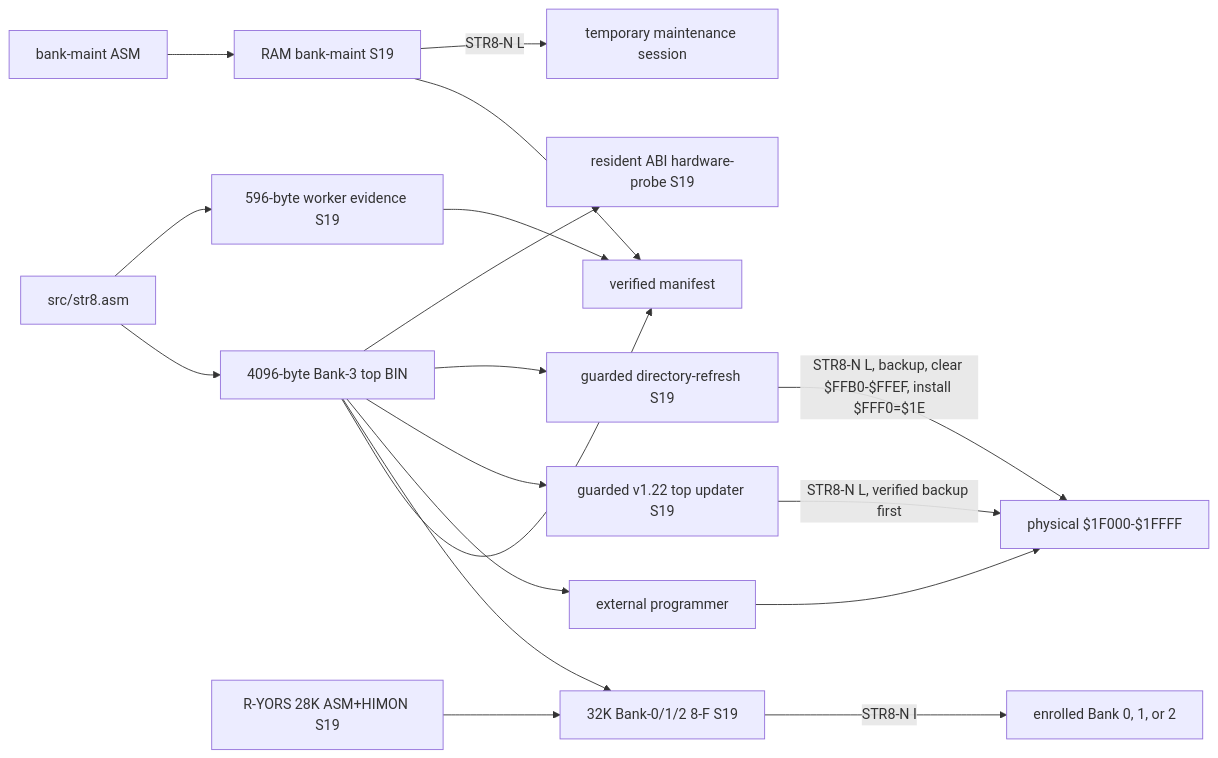
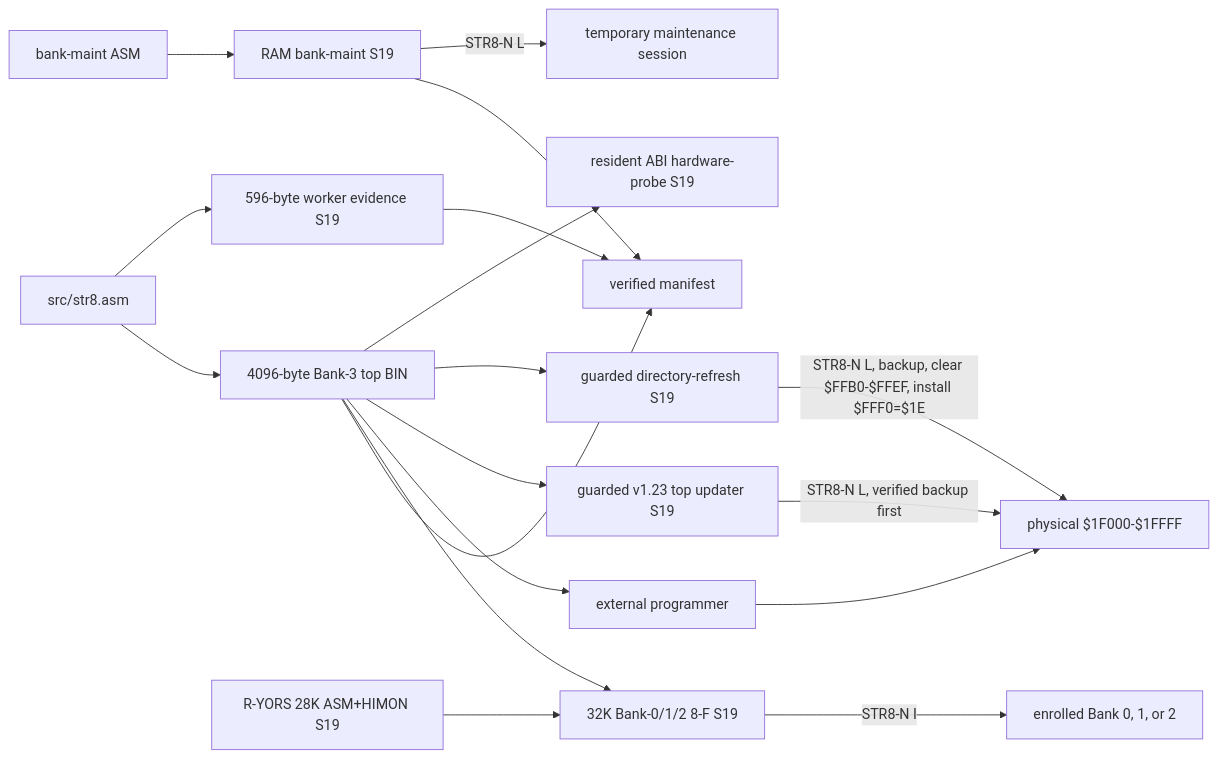
The second of 12 diagrams in docs/MAPS.md (95westus/STR8-N), drawn with Mermaid before and after one commit. The commit also changed other lines of this file and 29 other files, not shown here.

````diff
--- a/docs/MAPS.md
+++ b/docs/MAPS.md
@@ -38,20 +38,20 @@
 ```mermaid
 flowchart LR
     SRC[src/str8.asm] --> TOP[4096-byte Bank-3 top BIN]
     SRC --> WORKER[596-byte worker evidence S19]
     BM_SRC[bank-maint ASM] --> BM[RAM bank-maint S19]
     TOP --> MANIFEST[verified manifest]
     WORKER --> MANIFEST
     BM --> MANIFEST
     RY[R-YORS 28K ASM+HIMON S19] --> FULL[32K Bank-0/1/2 8-F S19]
     TOP --> FULL
     TOP --> PROGRAMMER[external programmer]
     PROGRAMMER --> B3F[physical $1F000-$1FFFF]
-    TOP --> UPDATE[guarded v1.22 top updater S19]
+    TOP --> UPDATE[guarded v1.23 top updater S19]
     UPDATE -->|STR8-N L, verified backup first| B3F
     TOP --> REFRESH[guarded directory-refresh S19]
     REFRESH -->|STR8-N L, backup, clear $FFB0-$FFEF, install $FFF0=$1E| B3F
     TOP --> ABI_TEST[resident ABI hardware-probe S19]
     BM -->|STR8-N L| RAM_TOOL[temporary maintenance session]
     FULL -->|STR8-N I| GUEST[enrolled Bank 0, 1, or 2]
 ```
````
